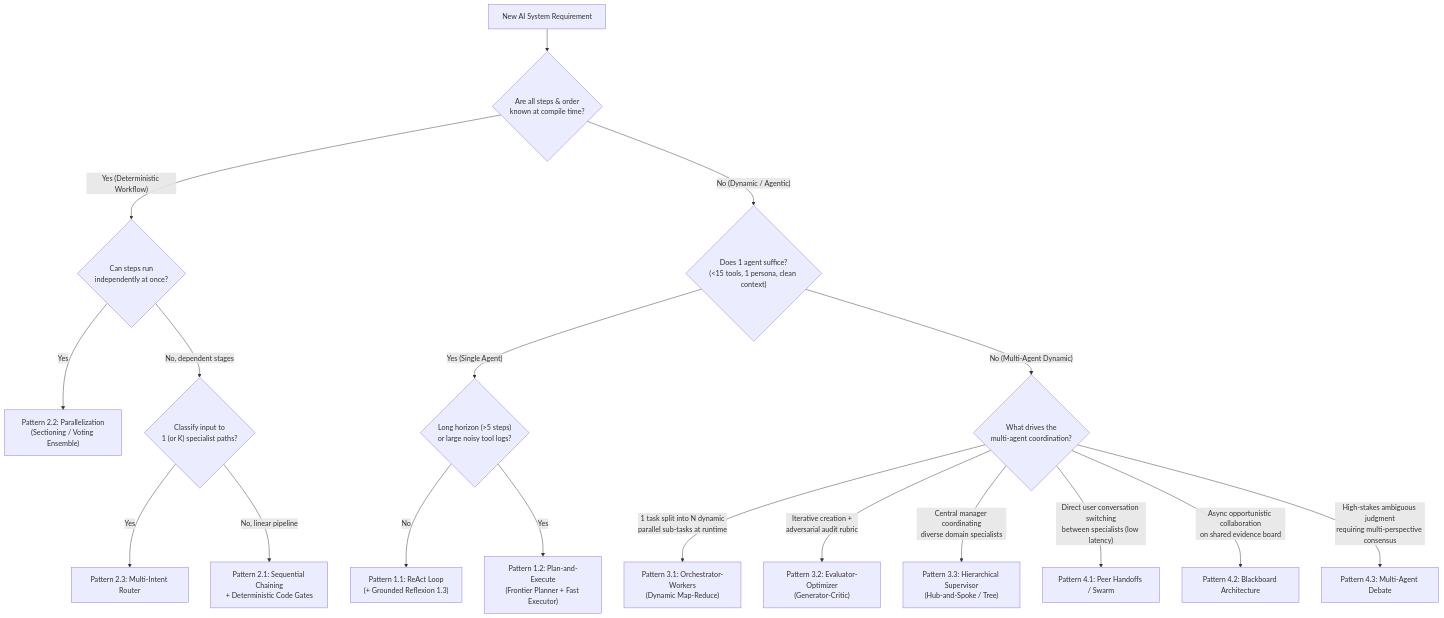
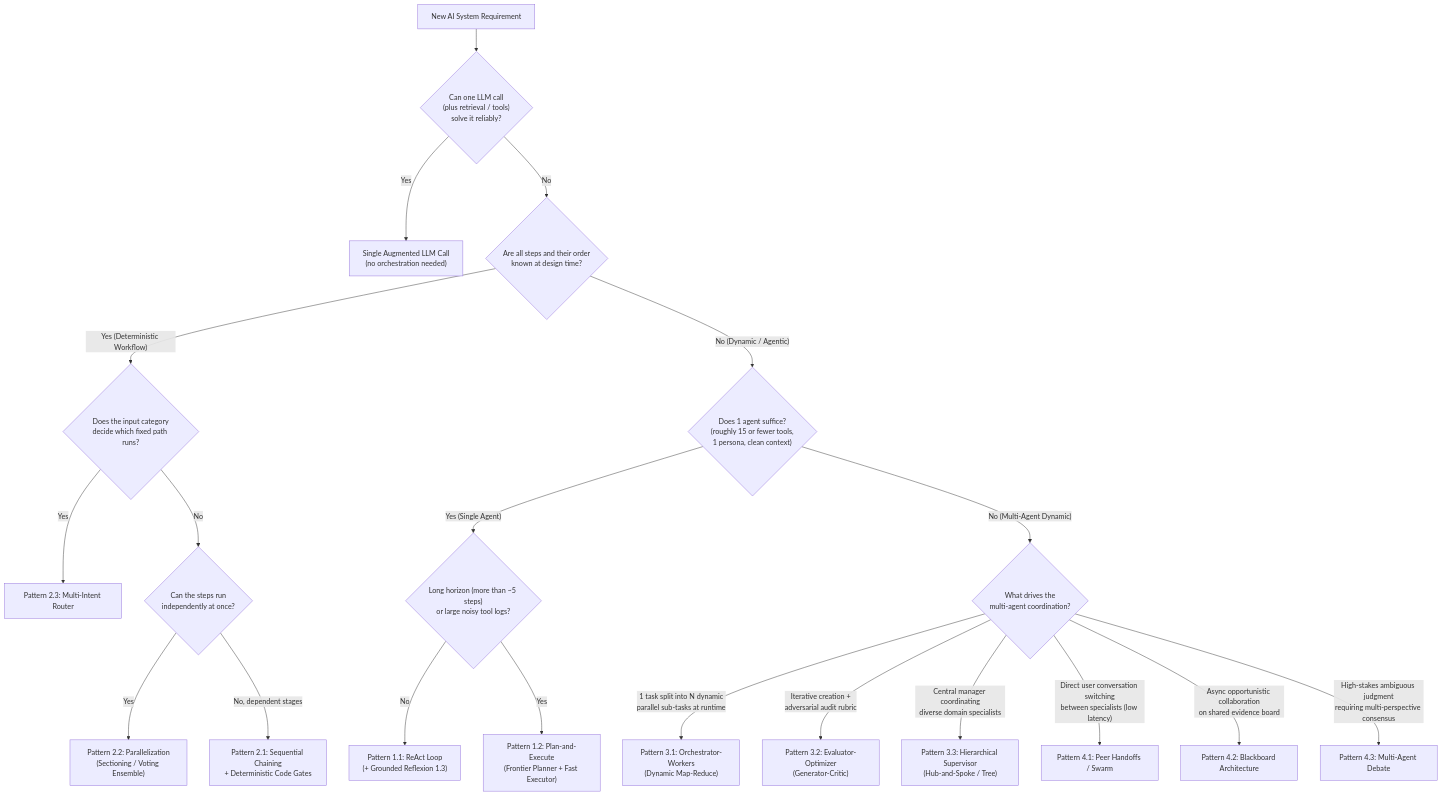
The third of 3 diagrams in README.md (Rajdipc/agentic-ai-orchestration-patterns), drawn with Mermaid before and after one commit. The commit also changed other lines of this file and 18 other files, not shown here.

````diff
--- a/README.md
+++ b/README.md
@@ -125,22 +141,24 @@
 ```mermaid
 flowchart TD
-    Start["New AI System Requirement"] --> Q1{"Are all steps & order\nknown at compile time?"}
-    Q1 -- "Yes (Deterministic Workflow)" --> Q2{"Can steps run\nindependently at once?"}
-    Q2 -- "Yes" --> P22["Pattern 2.2: Parallelization\n(Sectioning / Voting Ensemble)"]
-    Q2 -- "No, dependent stages" --> Q3{"Classify input to\n1 (or K) specialist paths?"}
-    Q3 -- "Yes" --> P23["Pattern 2.3: Multi-Intent Router"]
-    Q3 -- "No, linear pipeline" --> P21["Pattern 2.1: Sequential Chaining\n+ Deterministic Code Gates"]
+    Start["New AI System Requirement"] --> Q0{"Can one LLM call<br/>(plus retrieval / tools)<br/>solve it reliably?"}
+    Q0 -- "Yes" --> P0["Single Augmented LLM Call<br/>(no orchestration needed)"]
+    Q0 -- "No" --> Q1{"Are all steps and their order<br/>known at design time?"}
+    Q1 -- "Yes (Deterministic Workflow)" --> Q2{"Does the input category<br/>decide which fixed path runs?"}
+    Q2 -- "Yes" --> P23["Pattern 2.3: Multi-Intent Router"]
+    Q2 -- "No" --> Q3{"Can the steps run<br/>independently at once?"}
+    Q3 -- "Yes" --> P22["Pattern 2.2: Parallelization<br/>(Sectioning / Voting Ensemble)"]
+    Q3 -- "No, dependent stages" --> P21["Pattern 2.1: Sequential Chaining<br/>+ Deterministic Code Gates"]
 
-    Q1 -- "No (Dynamic / Agentic)" --> Q4{"Does 1 agent suffice?\n(<15 tools, 1 persona, clean context)"}
-    Q4 -- "Yes (Single Agent)" --> Q5{"Long horizon (>5 steps)\nor large noisy tool logs?"}
-    Q5 -- "No" --> P11["Pattern 1.1: ReAct Loop\n(+ Grounded Reflexion 1.3)"]
-    Q5 -- "Yes" --> P12["Pattern 1.2: Plan-and-Execute\n(Frontier Planner + Fast Executor)"]
+    Q1 -- "No (Dynamic / Agentic)" --> Q4{"Does 1 agent suffice?<br/>(roughly 15 or fewer tools,<br/>1 persona, clean context)"}
+    Q4 -- "Yes (Single Agent)" --> Q5{"Long horizon (more than ~5 steps)<br/>or large noisy tool logs?"}
+    Q5 -- "No" --> P11["Pattern 1.1: ReAct Loop<br/>(+ Grounded Reflexion 1.3)"]
+    Q5 -- "Yes" --> P12["Pattern 1.2: Plan-and-Execute<br/>(Frontier Planner + Fast Executor)"]
 
-    Q4 -- "No (Multi-Agent Dynamic)" --> Q6{"What drives the\nmulti-agent coordination?"}
-    Q6 -- "1 task split into N dynamic\nparallel sub-tasks at runtime" --> P31["Pattern 3.1: Orchestrator-Workers\n(Dynamic Map-Reduce)"]
-    Q6 -- "Iterative creation +\nadversarial audit rubric" --> P32["Pattern 3.2: Evaluator-Optimizer\n(Generator-Critic)"]
-    Q6 -- "Central manager coordinating\ndiverse domain specialists" --> P33["Pattern 3.3: Hierarchical Supervisor\n(Hub-and-Spoke / Tree)"]
-    Q6 -- "Direct user conversation switching\nbetween specialists (low latency)" --> P41["Pattern 4.1: Peer Handoffs / Swarm"]
-    Q6 -- "Async opportunistic collaboration\non shared evidence board" --> P42["Pattern 4.2: Blackboard Architecture"]
-    Q6 -- "High-stakes ambiguous judgment\nrequiring multi-perspective consensus" --> P43["Pattern 4.3: Multi-Agent Debate"]
+    Q4 -- "No (Multi-Agent Dynamic)" --> Q6{"What drives the<br/>multi-agent coordination?"}
+    Q6 -- "1 task split into N dynamic<br/>parallel sub-tasks at runtime" --> P31["Pattern 3.1: Orchestrator-Workers<br/>(Dynamic Map-Reduce)"]
+    Q6 -- "Iterative creation +<br/>adversarial audit rubric" --> P32["Pattern 3.2: Evaluator-Optimizer<br/>(Generator-Critic)"]
+    Q6 -- "Central manager coordinating<br/>diverse domain specialists" --> P33["Pattern 3.3: Hierarchical Supervisor<br/>(Hub-and-Spoke / Tree)"]
+    Q6 -- "Direct user conversation switching<br/>between specialists (low latency)" --> P41["Pattern 4.1: Peer Handoffs / Swarm"]
+    Q6 -- "Async opportunistic collaboration<br/>on shared evidence board" --> P42["Pattern 4.2: Blackboard Architecture"]
+    Q6 -- "High-stakes ambiguous judgment<br/>requiring multi-perspective consensus" --> P43["Pattern 4.3: Multi-Agent Debate"]
 ```
````
